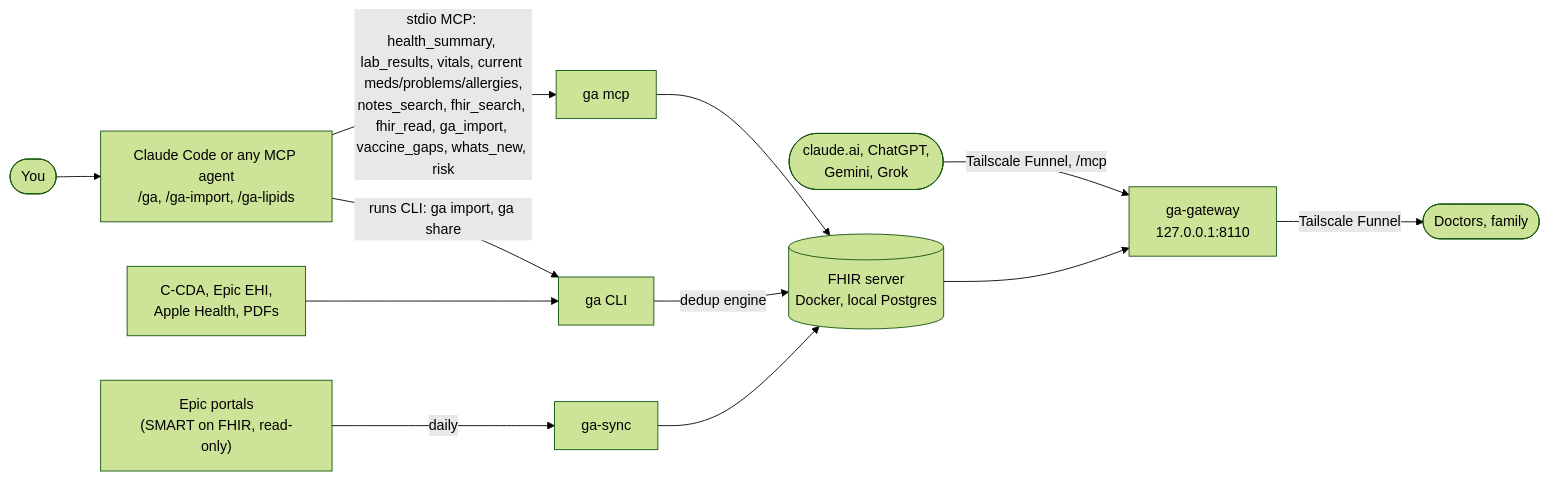
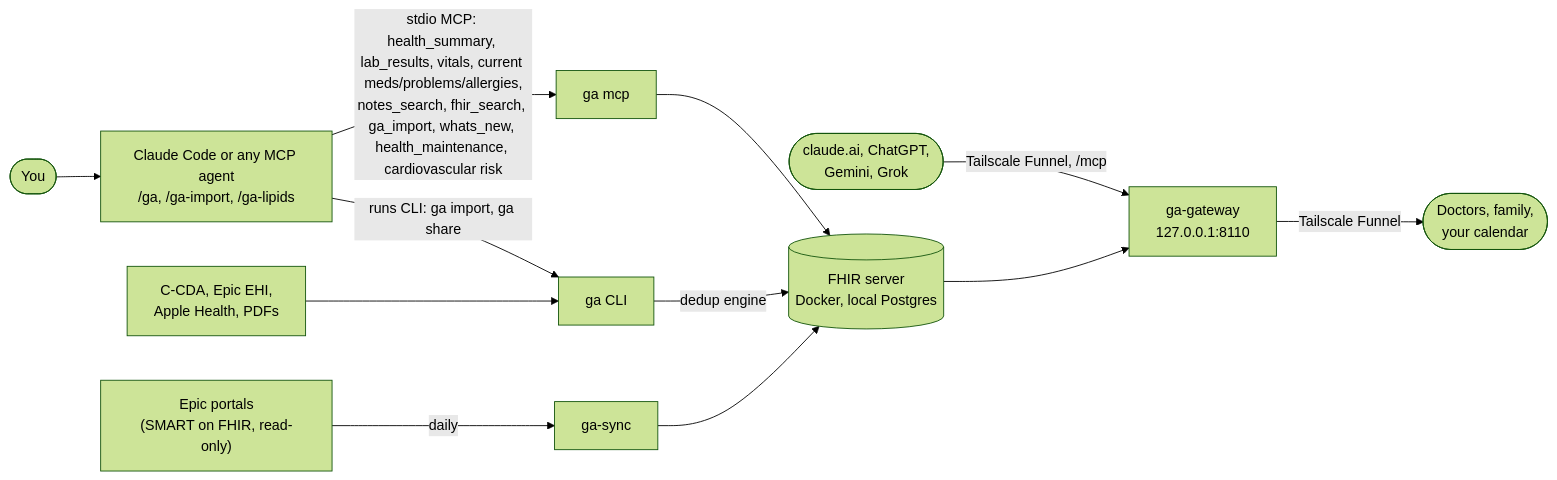
One commit to seouri/ga-server changed the diagram in README.md. Above: the diagram before and after it, drawn with Mermaid (forest theme). The commit also changed other lines of this file and 1 other file, not shown here.

````diff
--- a/README.md
+++ b/README.md
@@ -36,12 +46,12 @@
 ```mermaid
 flowchart LR
   you([You]) --> agent["Claude Code or any MCP agent<br/>/ga, /ga-import, /ga-lipids"]
-  agent -- "stdio MCP: health_summary, lab_results, vitals, current meds/problems/allergies,<br/>notes_search, fhir_search, fhir_read, ga_import, vaccine_gaps, whats_new, risk" --> mcp["ga mcp"]
+  agent -- "stdio MCP: health_summary, lab_results, vitals, current meds/problems/allergies,<br/>notes_search, fhir_search, ga_import, whats_new, health_maintenance, cardiovascular risk" --> mcp["ga mcp"]
   apps(["claude.ai, ChatGPT,<br/>Gemini, Grok"]) -- "Tailscale Funnel, /mcp" --> gateway
   agent -- "runs CLI: ga import, ga share" --> cli["ga CLI"]
   mcp --> fhir[("FHIR server<br/>Docker, local Postgres")]
   cli -- "dedup engine" --> fhir
   files["C-CDA, Epic EHI,<br/>Apple Health, PDFs"] --> cli
   epic["Epic portals<br/>(SMART on FHIR, read-only)"] -- "daily" --> sync["ga-sync"] --> fhir
-  fhir --> gateway["ga-gateway<br/>127.0.0.1:8110"] -- "Tailscale Funnel" --> people(["Doctors, family"])
+  fhir --> gateway["ga-gateway<br/>127.0.0.1:8110"] -- "Tailscale Funnel" --> people(["Doctors, family,<br/>your calendar"])
 ```
````
